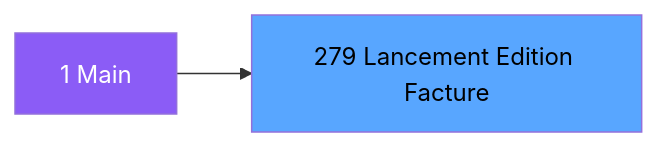
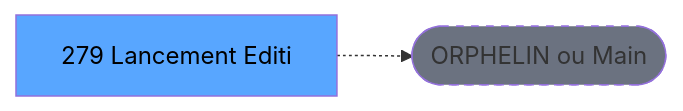
One commit to thonyAGP/lecteur-magic changed the second of 3 diagrams in .openspec/specs/ADH-IDE-279.md. Above: the diagram before and after it, drawn with Mermaid. The commit also changed other lines of this file and 701 other files, not shown here.

````diff
--- a/.openspec/specs/ADH-IDE-279.md
+++ b/.openspec/specs/ADH-IDE-279.md
@@ -109,8 +117,8 @@
 ```mermaid
 graph LR
-    M[1 Main]
-    T[279 Lancement Edition Facture]
-    M --> T
-    style M fill:#8b5cf6,color:#fff
+    T[279 Lancement Editi]
+    ORPHAN([ORPHELIN ou Main])
+    T -.-> ORPHAN
     style T fill:#58a6ff,color:#000
+    style ORPHAN fill:#6b7280,stroke-dasharray: 5 5
 ```
````
